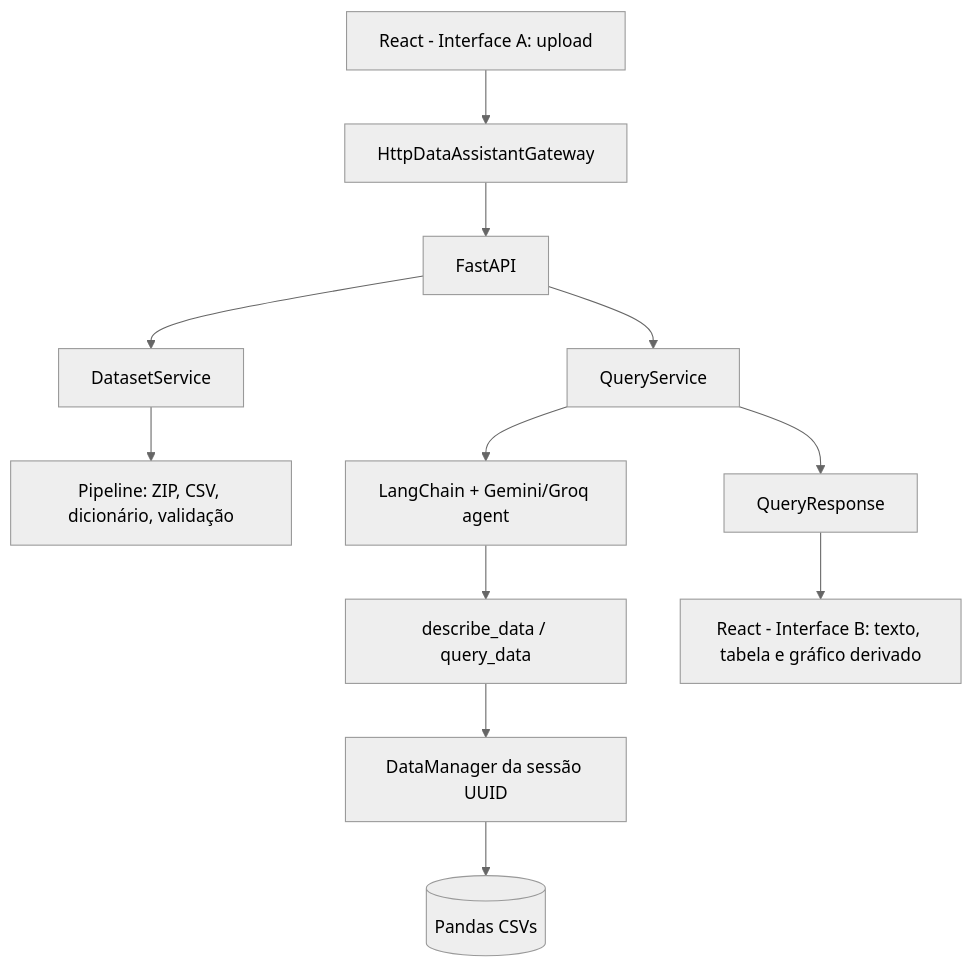
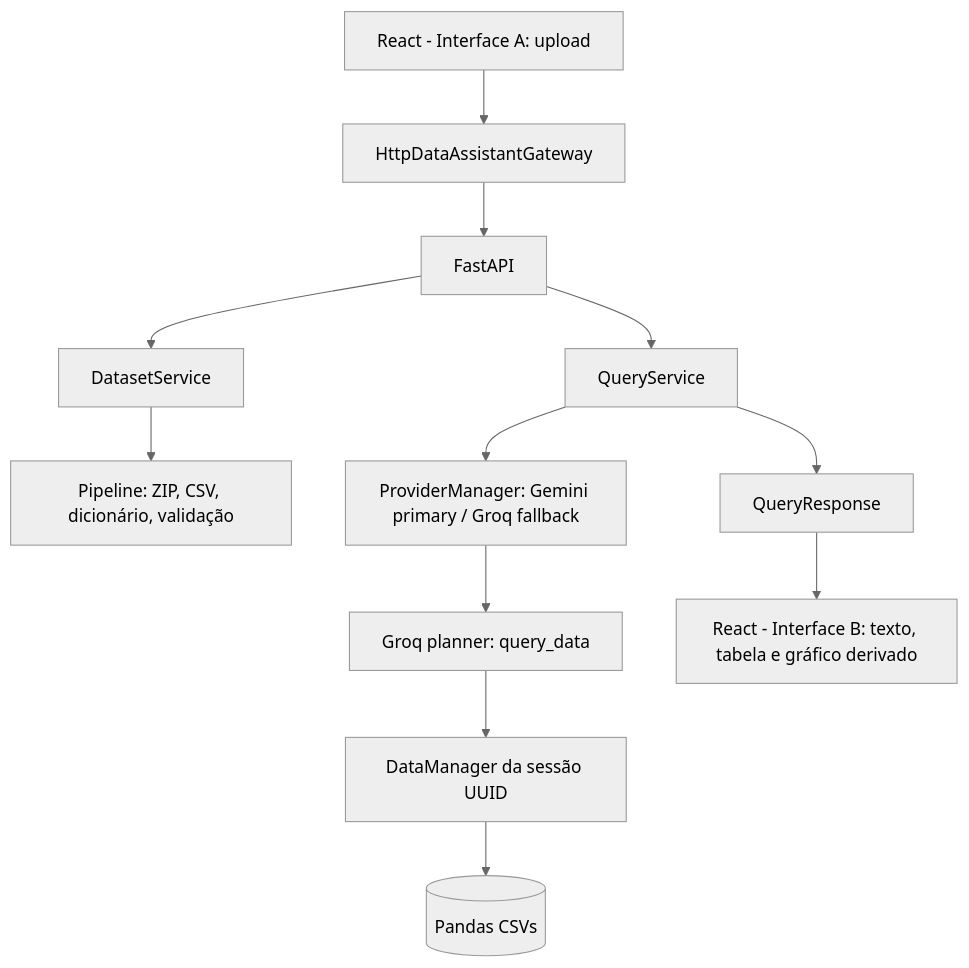
The diagram in docs/arquitetura.md (Ivy2s/Desafio-I2A2-D4-Desenvolvimento-Agentes-Inteligentes), drawn with Mermaid (neutral theme) before and after one commit. The commit also changed other lines of this file and 16 other files, not shown here.

````diff
--- a/docs/arquitetura.md
+++ b/docs/arquitetura.md
@@ -3,14 +3,14 @@
 ```mermaid
 flowchart TD
   A[React - Interface A: upload] --> G[HttpDataAssistantGateway]
   G --> API[FastAPI]
   API --> DS[DatasetService]
   API --> QS[QueryService]
   DS --> P[Pipeline: ZIP, CSV, dicionário, validação]
-  QS --> AG[LangChain + Gemini/Groq agent]
-  AG --> T[describe_data / query_data]
+  QS --> AG[ProviderManager: Gemini primary / Groq fallback]
+  AG --> T[Groq planner: query_data]
   T --> DM[DataManager da sessão UUID]
   DM --> D[(Pandas CSVs)]
   QS --> R[QueryResponse]
   R --> B[React - Interface B: texto, tabela e gráfico derivado]
 ```
````
